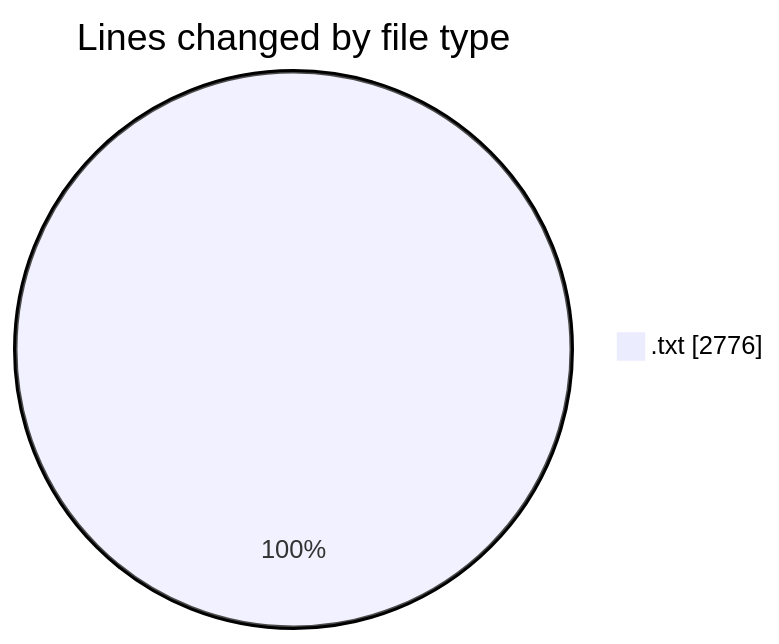
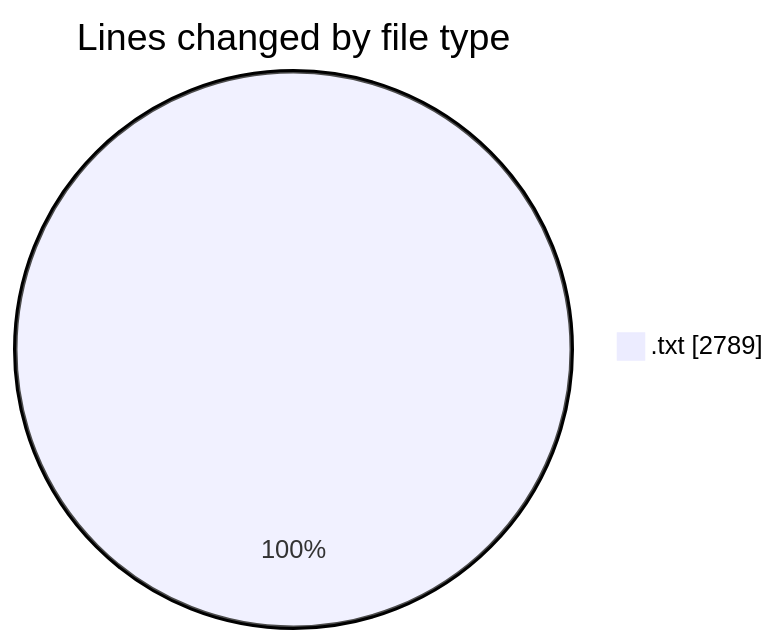
One commit to momahboobian/code-tracking changed the first of 2 diagrams in 2025-02-16/iptv_moreel_me/README.md. Above: the diagram before and after it, drawn with Mermaid. The commit also changed other lines of this file and 1 other file, not shown here.

````diff
--- a/2025-02-16/iptv_moreel_me/README.md
+++ b/2025-02-16/iptv_moreel_me/README.md
@@ -20,5 +20,5 @@
 ```mermaid
 pie showData
 title Lines changed by file type
-".txt" : 2776
+".txt" : 2789
 ```
````
